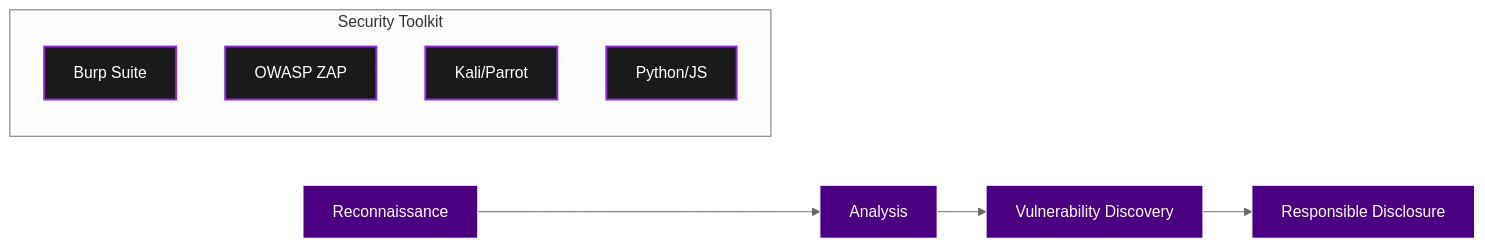
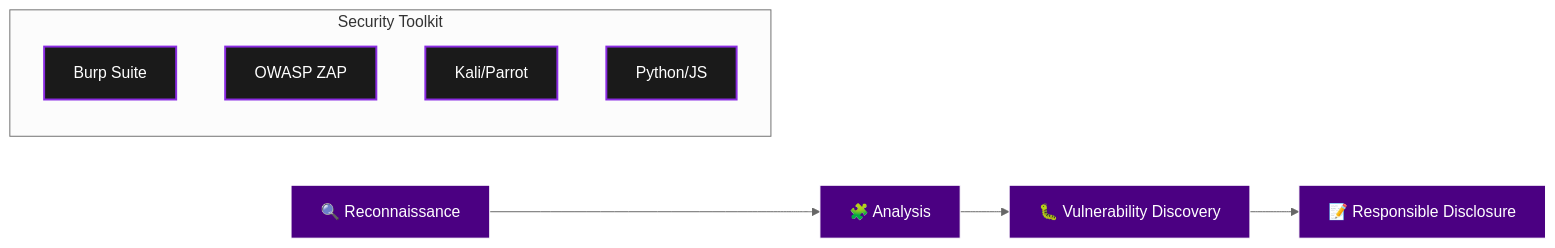
Before and after one commit to fazaroot/fazaroot: the diagram in README.md, drawn with Mermaid (neutral theme). The commit also changed other lines of this file, not shown here.

````diff
--- a/README.md
+++ b/README.md
@@ -26,16 +51,16 @@
 ```mermaid
 flowchart LR
     classDef tools fill:#1a1a1a,stroke:#8A2BE2,stroke-width:2px,color:#fff;
     classDef phase fill:#4B0082,stroke:#fff,stroke-width:1px,color:#fff;
 
-    A[Reconnaissance]:::phase --> B[Analysis]:::phase
-    B --> C[Vulnerability Discovery]:::phase
-    C --> D[Responsible Disclosure]:::phase
+    A[🔍 Reconnaissance]:::phase --> B[🧩 Analysis]:::phase
+    B --> C[🐛 Vulnerability Discovery]:::phase
+    C --> D[📝 Responsible Disclosure]:::phase
 
     subgraph Tools_Belt [Security Toolkit]
     T1[Burp Suite]:::tools
     T2[OWASP ZAP]:::tools
     T3[Kali/Parrot]:::tools
     T4[Python/JS]:::tools
     end
 ```
````
